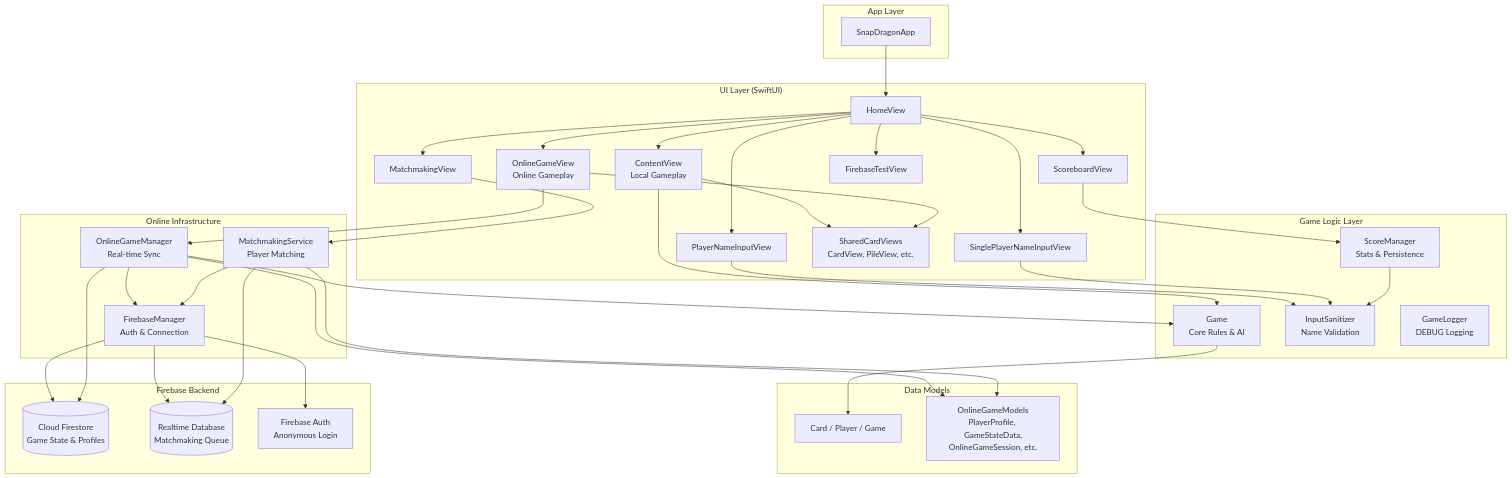
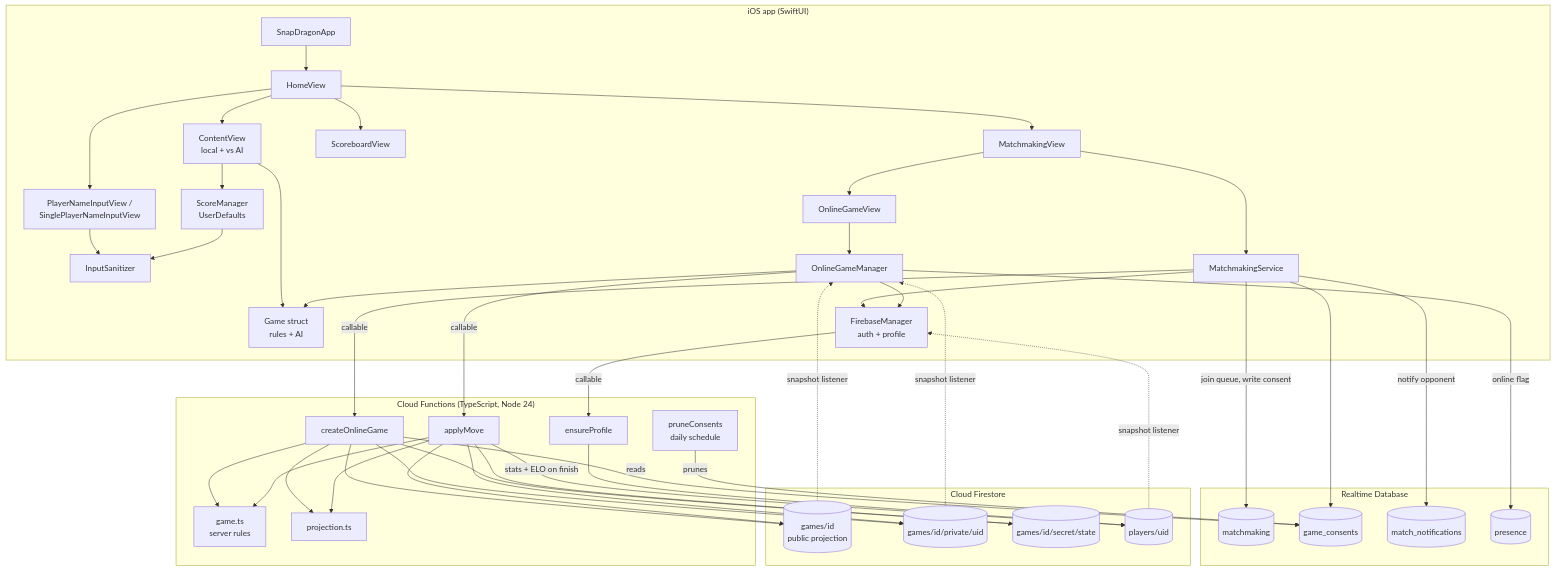
One commit to Technical-1/All-About-Me changed the diagram in public/data/portfolio/SnapDragon/architecture.md. Above: the diagram before and after it, drawn with Mermaid. The commit also changed other lines of this file and 63 other files, not shown here.

Commit message:
chore: update private repos snapshot

````diff
--- a/public/data/portfolio/SnapDragon/architecture.md
+++ b/public/data/portfolio/SnapDragon/architecture.md
@@ -5,75 +5,68 @@
 ```mermaid
 flowchart TD
-    subgraph App["App Layer"]
-        A[SnapDragonApp]
+    subgraph App["iOS app (SwiftUI)"]
+        A[SnapDragonApp] --> B[HomeView]
+        B --> C[ContentView<br/>local + vs AI]
+        B --> E[MatchmakingView]
+        B --> F[ScoreboardView]
+        B --> G[PlayerNameInputView /<br/>SinglePlayerNameInputView]
+        E --> D[OnlineGameView]
+        C --> J[Game struct<br/>rules + AI]
+        C --> K[ScoreManager<br/>UserDefaults]
+        G --> V[InputSanitizer]
+        K --> V
+        E --> M[MatchmakingService]
+        D --> L[OnlineGameManager]
+        L --> J
+        M --> N[FirebaseManager<br/>auth + profile]
+        L --> N
     end
 
-    subgraph Views["UI Layer (SwiftUI)"]
-        B[HomeView]
-        C[ContentView<br/>Local Gameplay]
-        D[OnlineGameView<br/>Online Gameplay]
-        E[MatchmakingView]
-        F[ScoreboardView]
-        G[PlayerNameInputView]
-        H[SinglePlayerNameInputView]
-        I[FirebaseTestView]
-        U[SharedCardViews<br/>CardView, PileView, etc.]
+    subgraph Functions["Cloud Functions (TypeScript, Node 24)"]
+        CF1[createOnlineGame]
+        CF2[applyMove]
+        CF3[ensureProfile]
+        CF4[pruneConsents<br/>daily schedule]
+        GL[game.ts<br/>server rules]
+        PR[projection.ts]
+        CF1 --> GL
+        CF2 --> GL
+        CF1 --> PR
+        CF2 --> PR
     end
 
-    subgraph Logic["Game Logic Layer"]
-        J[Game<br/>Core Rules & AI]
-        K[ScoreManager<br/>Stats & Persistence]
-        V[InputSanitizer<br/>Name Validation]
-        W[GameLogger<br/>DEBUG Logging]
+    subgraph RTDB["Realtime Database"]
+        Q1[(matchmaking)]
+        Q2[(game_consents)]
+        Q3[(match_notifications)]
+        Q4[(presence)]
     end
 
-    subgraph Online["Online Infrastructure"]
-        L[OnlineGameManager<br/>Real-time Sync]
-        M[MatchmakingService<br/>Player Matching]
-        N[FirebaseManager<br/>Auth & Connection]
+    subgraph FS["Cloud Firestore"]
+        G1[(games/id<br/>public projection)]
+        G2[(games/id/private/uid)]
+        G3[(games/id/secret/state)]
+        P1[(players/uid)]
     end
 
-    subgraph Models["Data Models"]
-        O[Card / Player / Game]
-        P[OnlineGameModels<br/>PlayerProfile, GameStateData,<br/>OnlineGameSession, etc.]
-    end
-
-    subgraph Firebase["Firebase Backend"]
-        Q[(Cloud Firestore<br/>Game State & Profiles)]
-        R[(Realtime Database<br/>Matchmaking Queue)]
-        S[Firebase Auth<br/>Anonymous Login]
-    end
-
-    A --> B
-    B --> C
-    B --> D
-    B --> E
-    B --> F
-    B --> G
-    B --> H
-    B --> I
-
-    C --> J
-    C --> U
-    D --> L
-    D --> U
-    E --> M
-    F --> K
-    G --> V
-    H --> V
-    K --> V
-
-    L --> J
-    L --> N
-    M --> N
-
-    J --> O
-    L --> P
-    M --> P
-
-    N --> Q
-    N --> R
-    N --> S
-    L --> Q
-    M --> R
+    M -->|join queue, write consent| Q1
+    M --> Q2
+    M -->|notify opponent| Q3
+    M -->|callable| CF1
+    L -->|callable| CF2
+    N -->|callable| CF3
+    L -->|online flag| Q4
+    CF1 -->|reads| Q2
+    CF4 -->|prunes| Q2
+    CF1 --> G1
+    CF1 --> G2
+    CF1 --> G3
+    CF2 --> G1
+    CF2 --> G2
+    CF2 --> G3
+    CF2 -->|stats + ELO on finish| P1
+    CF3 --> P1
+    G1 -.snapshot listener.-> L
+    G2 -.snapshot listener.-> L
+    P1 -.snapshot listener.-> N
 ```
````
